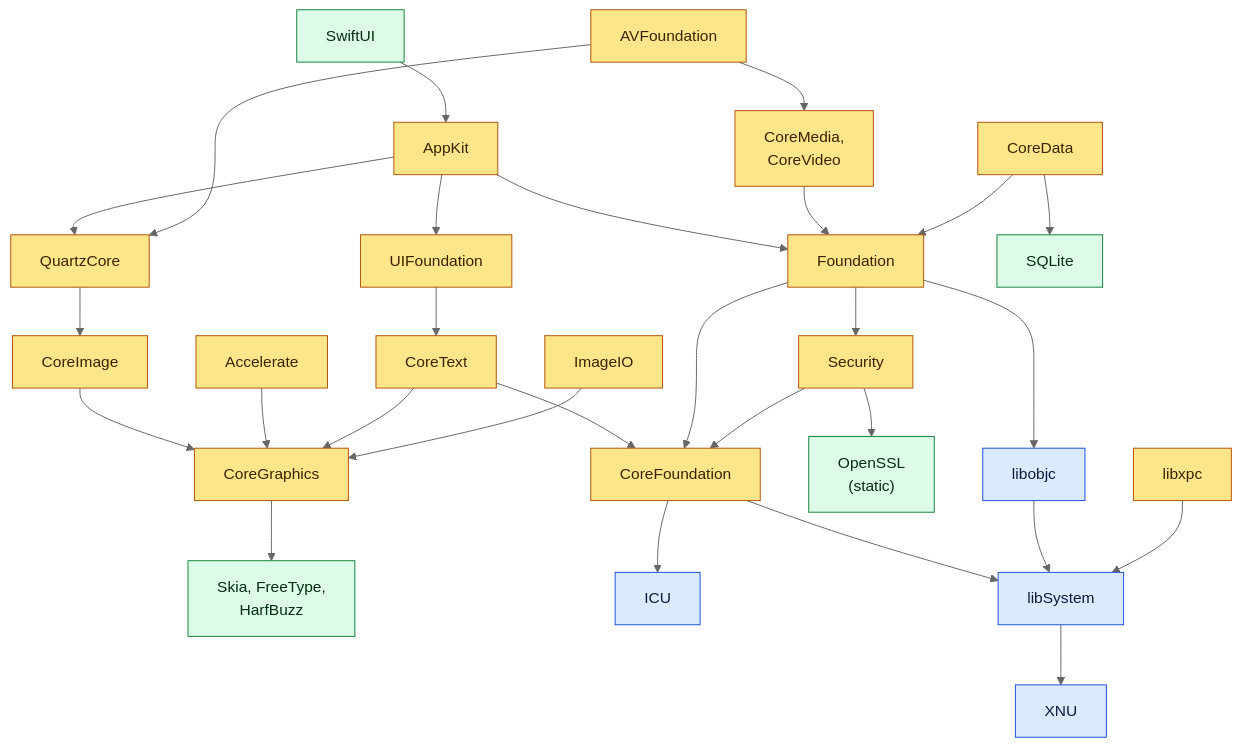
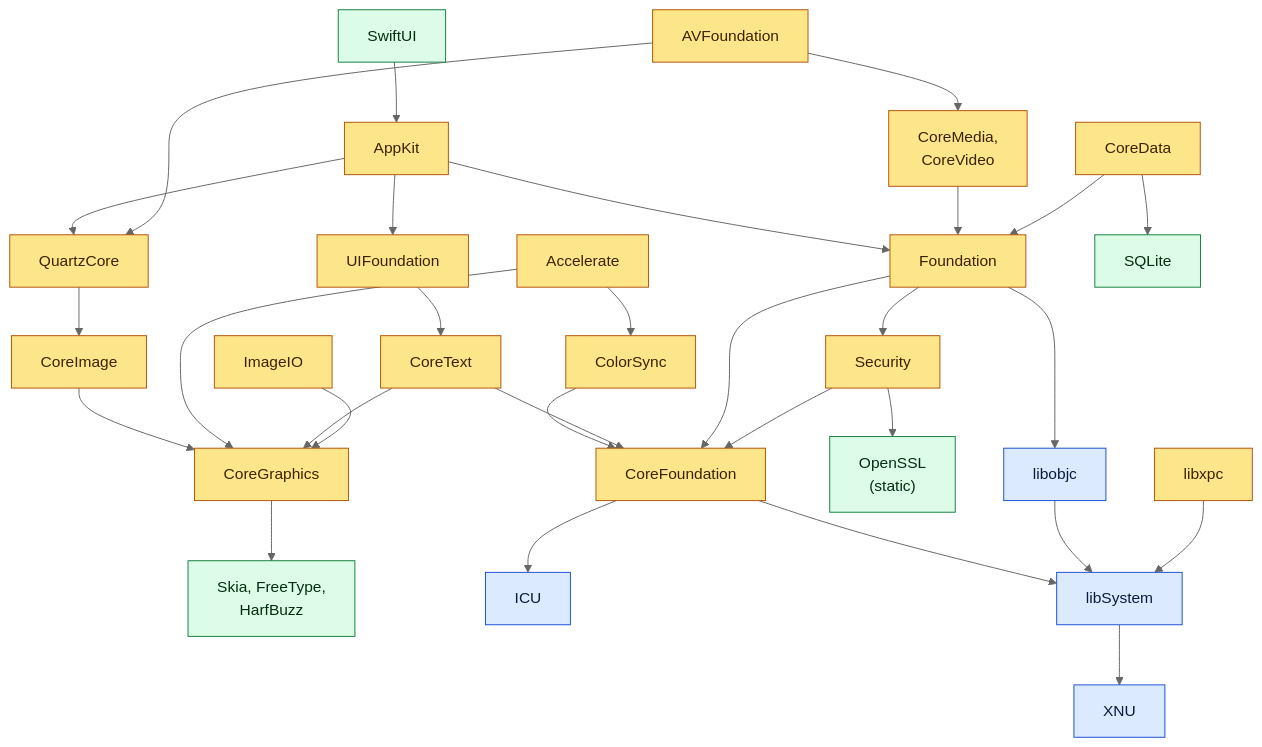
One commit to XSLabs/finch changed the second of 2 diagrams in docs/STACK.md. Above: the diagram before and after it, drawn with Mermaid (neutral theme). The commit also changed other lines of this file and 8 other files, not shown here.

````diff
--- a/docs/STACK.md
+++ b/docs/STACK.md
@@ -92,51 +92,53 @@
 ```mermaid
 flowchart TB
     classDef apple fill:#dbeafe,stroke:#1d4ed8,color:#0b1b3f
     classDef finch fill:#fde68a,stroke:#b45309,color:#3b2300
     classDef upstream fill:#dcfce7,stroke:#15803d,color:#052e12
 
     swiftui["SwiftUI"]:::upstream
     appkit["AppKit"]:::finch
     avfoundation["AVFoundation"]:::finch
     uif["UIFoundation"]:::finch
     qc["QuartzCore"]:::finch
     coreimage["CoreImage"]:::finch
     coremedia["CoreMedia,<br/>CoreVideo"]:::finch
     coredata["CoreData"]:::finch
     accelerate["Accelerate"]:::finch
     ct["CoreText"]:::finch
     imageio["ImageIO"]:::finch
+    colorsync["ColorSync"]:::finch
     cg["CoreGraphics"]:::finch
     foundation["Foundation"]:::finch
     security["Security"]:::finch
     cf["CoreFoundation"]:::finch
     skia["Skia, FreeType,<br/>HarfBuzz"]:::upstream
     sqlite["SQLite"]:::upstream
     openssl["OpenSSL<br/>(static)"]:::upstream
     icu["ICU"]:::apple
     objc["libobjc"]:::apple
     xpc["libxpc"]:::finch
     sys["libSystem"]:::apple
     xnu["XNU"]:::apple
 
     swiftui --> appkit
     appkit --> uif --> ct
     appkit --> qc --> coreimage --> cg
     appkit --> foundation
     avfoundation --> coremedia --> foundation
     avfoundation --> qc
     coredata --> foundation
     coredata --> sqlite
     accelerate --> cg
+    accelerate --> colorsync --> cf
     ct --> cg --> skia
     imageio --> cg
     ct --> cf
     foundation --> cf --> icu
     foundation --> security --> openssl
     security --> cf
     foundation --> objc
     cf --> sys
     objc --> sys
     xpc --> sys
     sys --> xnu
 ```
````
